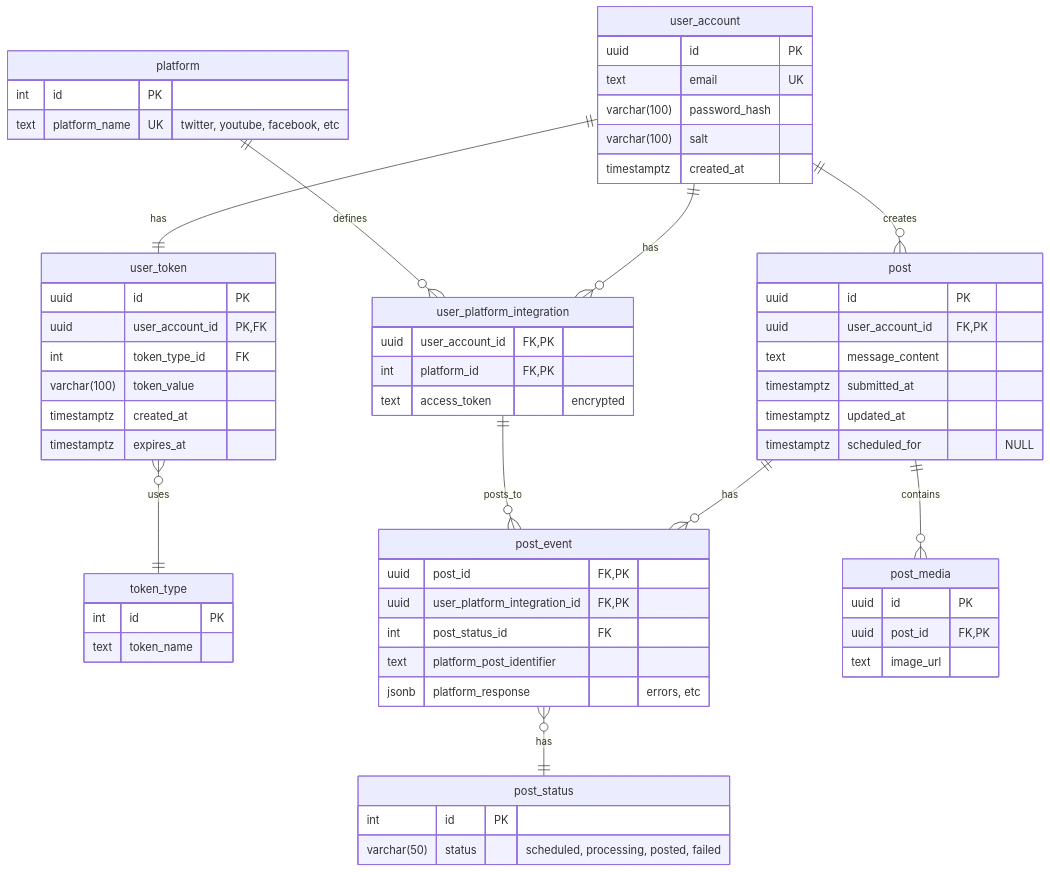
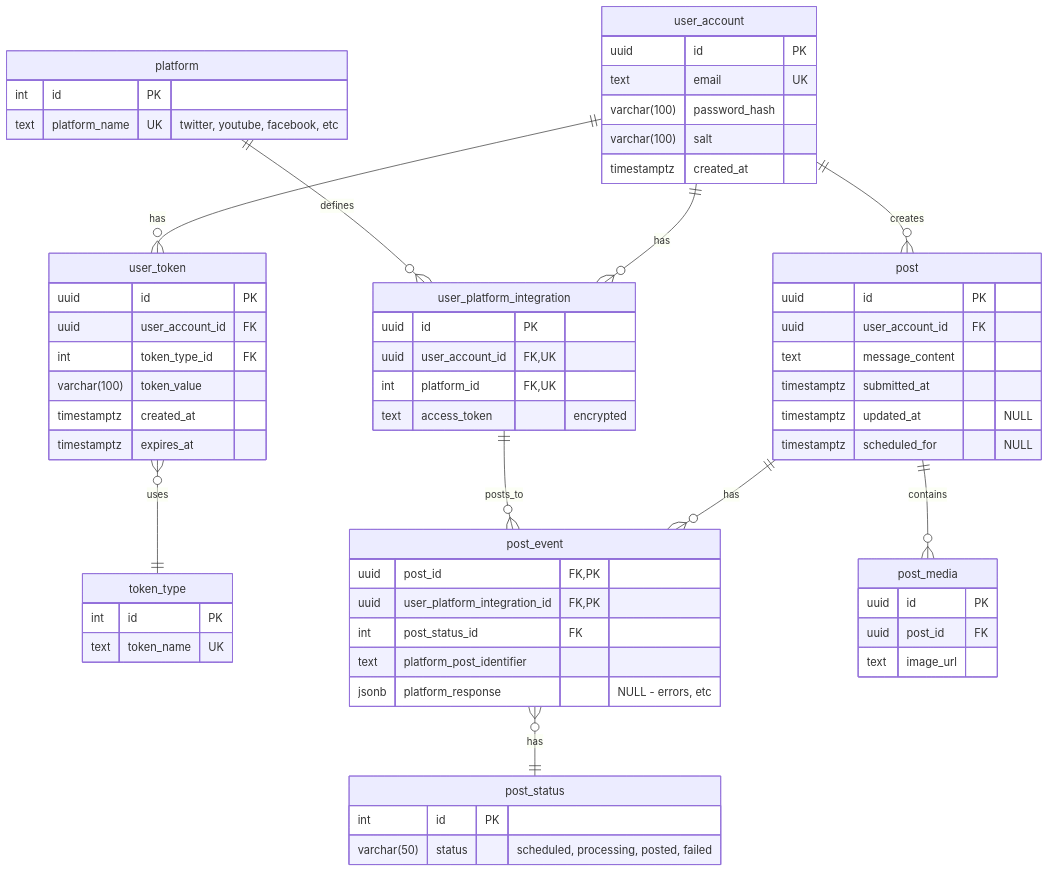
One commit to JKMN-Projects/ripple_sync_backend changed the diagram in documentation/diagrams/er_diagram.md. Above: the diagram before and after it, drawn with Mermaid. The commit also changed 8 other files, not shown here.

````diff
--- a/documentation/diagrams/er_diagram.md
+++ b/documentation/diagrams/er_diagram.md
@@ -3,74 +3,75 @@
 ``` mermaid
 
     erDiagram
     user_account ||--o{ user_platform_integration : "has"
     user_account ||--o{ post : "creates"
-    user_account ||--|| user_token : "has"
+    user_account ||--o{ user_token : "has"
     user_token }o--|| token_type : "uses"
     post ||--o{ post_event : "has"
     post_event }o--|| post_status : "has"
     post ||--o{ post_media : "contains"
     platform ||--o{ user_platform_integration : "defines"
     user_platform_integration ||--o{ post_event : "posts_to"
 
     user_account {
         uuid id PK
         text email UK
         varchar(100) password_hash
         varchar(100) salt
         timestamptz created_at 
     }
 
     user_token {
         uuid id PK
-        uuid user_account_id PK, FK
+        uuid user_account_id FK
         int token_type_id FK
         varchar(100) token_value
         timestamptz created_at
         timestamptz expires_at
     }
 
     token_type {
         int id PK
-        text token_name
+        text token_name UK
     }
 
     platform {
         int id PK
         text platform_name UK "twitter, youtube, facebook, etc"
     }
 
     user_platform_integration {
-        uuid user_account_id FK, PK
-        int platform_id FK, PK
+        uuid id PK
+        uuid user_account_id FK, UK
+        int platform_id FK, UK
         text access_token "encrypted"
     }
 
     post {
         uuid id PK
-        uuid user_account_id FK, PK
+        uuid user_account_id FK
         text message_content
         timestamptz submitted_at
-        timestamptz updated_at
+        timestamptz updated_at "NULL"
         timestamptz scheduled_for "NULL"
     }
 
     post_media {
         uuid id PK
-        uuid post_id FK, PK
+        uuid post_id FK
         text image_url 
     }
 
     post_event {
         uuid post_id FK, PK
         uuid user_platform_integration_id FK, PK
         int post_status_id FK
         text platform_post_identifier 
-        jsonb platform_response "errors, etc"
+        jsonb platform_response "NULL - errors, etc" 
     }
 
     post_status {
         int id PK
         varchar(50) status "scheduled, processing, posted, failed"
     }
 ```
````
